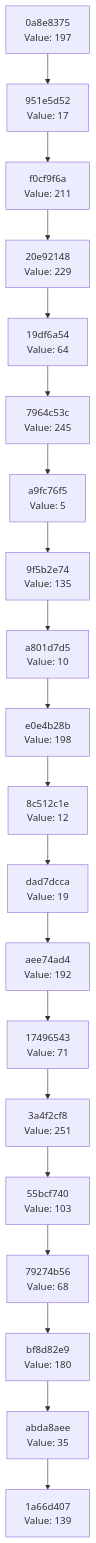
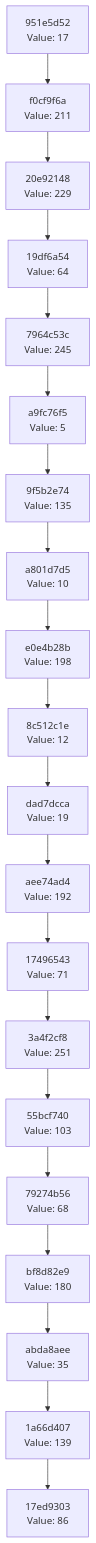
One commit to Abhisheksinha1506/hash-chain-evolver changed the diagram in docs/CHAIN_VISUALIZATION.md. Above: the diagram before and after it, drawn with Mermaid. The commit also changed 3 other files, not shown here.

````diff
--- a/docs/CHAIN_VISUALIZATION.md
+++ b/docs/CHAIN_VISUALIZATION.md
@@ -3,42 +3,42 @@
 ```mermaid
 graph TD
-    C0["1a66d407<br/>Value: 139"]
-    C1["abda8aee<br/>Value: 35"]
+    C0["17ed9303<br/>Value: 86"]
+    C1["1a66d407<br/>Value: 139"]
     C1 --> C0
-    C2["bf8d82e9<br/>Value: 180"]
+    C2["abda8aee<br/>Value: 35"]
     C2 --> C1
-    C3["79274b56<br/>Value: 68"]
+    C3["bf8d82e9<br/>Value: 180"]
     C3 --> C2
-    C4["55bcf740<br/>Value: 103"]
+    C4["79274b56<br/>Value: 68"]
     C4 --> C3
-    C5["3a4f2cf8<br/>Value: 251"]
+    C5["55bcf740<br/>Value: 103"]
     C5 --> C4
-    C6["17496543<br/>Value: 71"]
+    C6["3a4f2cf8<br/>Value: 251"]
     C6 --> C5
-    C7["aee74ad4<br/>Value: 192"]
+    C7["17496543<br/>Value: 71"]
     C7 --> C6
-    C8["dad7dcca<br/>Value: 19"]
+    C8["aee74ad4<br/>Value: 192"]
     C8 --> C7
-    C9["8c512c1e<br/>Value: 12"]
+    C9["dad7dcca<br/>Value: 19"]
     C9 --> C8
-    C10["e0e4b28b<br/>Value: 198"]
+    C10["8c512c1e<br/>Value: 12"]
     C10 --> C9
-    C11["a801d7d5<br/>Value: 10"]
+    C11["e0e4b28b<br/>Value: 198"]
     C11 --> C10
-    C12["9f5b2e74<br/>Value: 135"]
+    C12["a801d7d5<br/>Value: 10"]
     C12 --> C11
-    C13["a9fc76f5<br/>Value: 5"]
+    C13["9f5b2e74<br/>Value: 135"]
     C13 --> C12
-    C14["7964c53c<br/>Value: 245"]
+    C14["a9fc76f5<br/>Value: 5"]
     C14 --> C13
-    C15["19df6a54<br/>Value: 64"]
+    C15["7964c53c<br/>Value: 245"]
     C15 --> C14
-    C16["20e92148<br/>Value: 229"]
+    C16["19df6a54<br/>Value: 64"]
     C16 --> C15
-    C17["f0cf9f6a<br/>Value: 211"]
+    C17["20e92148<br/>Value: 229"]
     C17 --> C16
-    C18["951e5d52<br/>Value: 17"]
+    C18["f0cf9f6a<br/>Value: 211"]
     C18 --> C17
-    C19["0a8e8375<br/>Value: 197"]
+    C19["951e5d52<br/>Value: 17"]
     C19 --> C18
 ```
````
